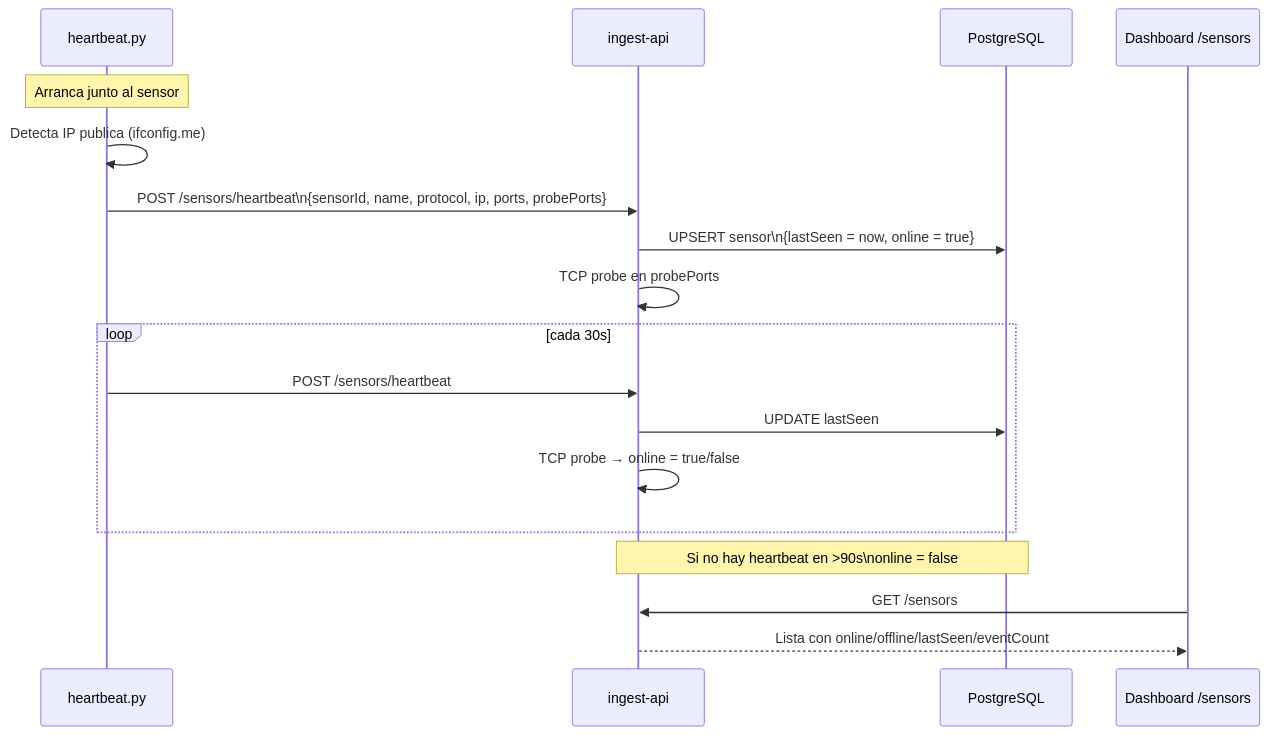
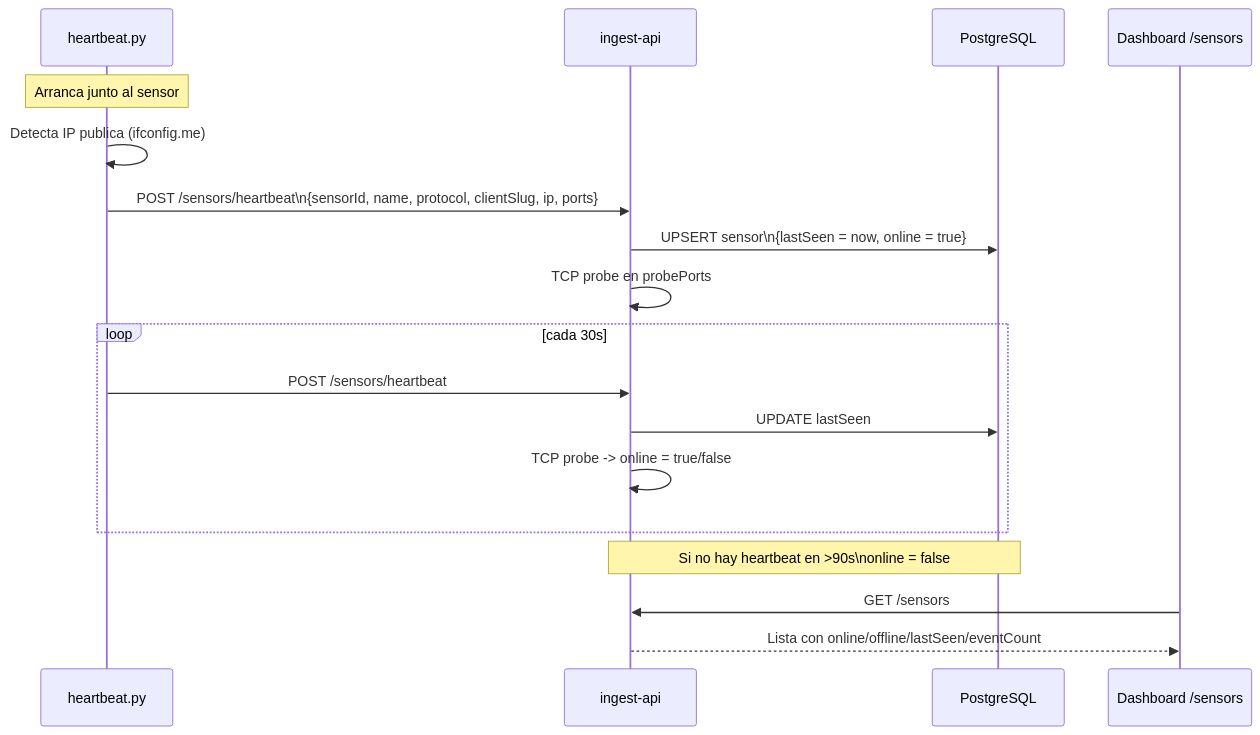
The first of 3 diagrams in apps/docs/src/content/docs/services/sensors.md (elrichi31/honeypot-ai), drawn with Mermaid before and after one commit. The commit also changed other lines of this file and 23 other files, not shown here.

First line of the commit message:
feat: Implement multi-client support with sensor auto-assignment and event forwarding

````diff
--- a/apps/docs/src/content/docs/services/sensors.md
+++ b/apps/docs/src/content/docs/services/sensors.md
@@ -23,23 +24,23 @@
 ```mermaid
 sequenceDiagram
     participant B as heartbeat.py
     participant I as ingest-api
     participant DB as PostgreSQL
     participant D as Dashboard /sensors
 
     Note over B: Arranca junto al sensor
     B->>B: Detecta IP publica (ifconfig.me)
-    B->>I: POST /sensors/heartbeat\n{sensorId, name, protocol, ip, ports, probePorts}
+    B->>I: POST /sensors/heartbeat\n{sensorId, name, protocol, clientSlug, ip, ports}
     I->>DB: UPSERT sensor\n{lastSeen = now, online = true}
     I->>I: TCP probe en probePorts
 
     loop cada 30s
         B->>I: POST /sensors/heartbeat
         I->>DB: UPDATE lastSeen
-        I->>I: TCP probe → online = true/false
+        I->>I: TCP probe -> online = true/false
     end
 
     Note over I,DB: Si no hay heartbeat en >90s\nonline = false
     D->>I: GET /sensors
     I-->>D: Lista con online/offline/lastSeen/eventCount
 ```
````
